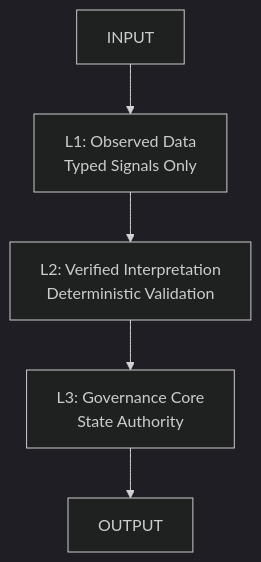
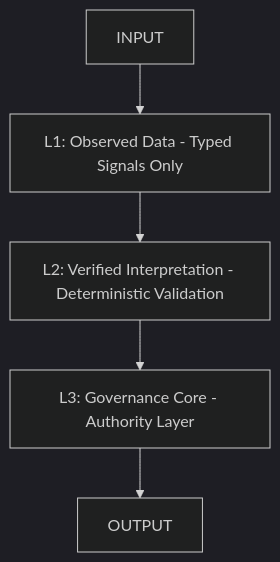
One commit to GeneralSergal/ORP changed the first of 5 diagrams in README.md. Above: the diagram before and after it, drawn with Mermaid (dark theme). The commit also changed other lines of this file, not shown here.

````diff
--- a/README.md
+++ b/README.md
@@ -37,7 +37,10 @@
 ```mermaid
 flowchart TD
-    IN[INPUT] --> L1[L1: Observed Data<br/>Typed Signals Only]
-    L1 --> L2[L2: Verified Interpretation<br/>Deterministic Validation]
-    L2 --> L3[L3: Governance Core<br/>State Authority]
-    L3 --> OUT[OUTPUT]
+    IN[INPUT]
+    L1[L1: Observed Data - Typed Signals Only]
+    L2[L2: Verified Interpretation - Deterministic Validation]
+    L3[L3: Governance Core - Authority Layer]
+    OUT[OUTPUT]
+
+    IN --> L1 --> L2 --> L3 --> OUT
 ```
````
